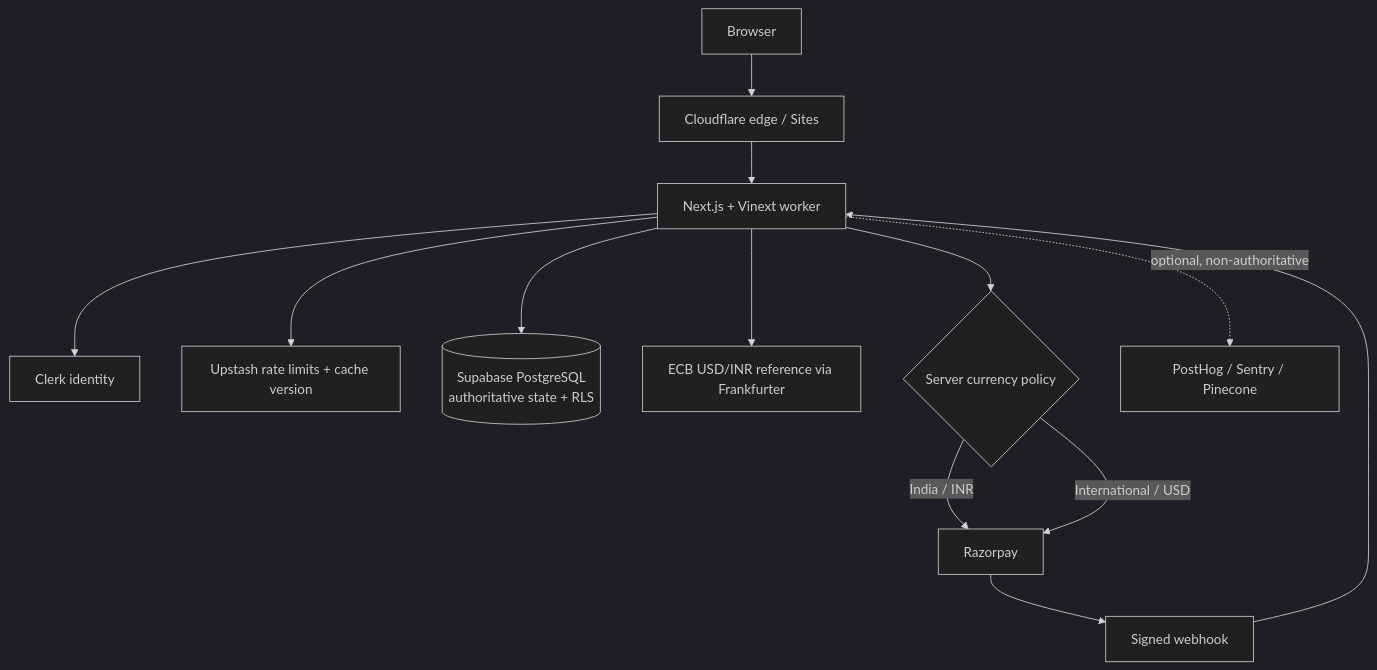
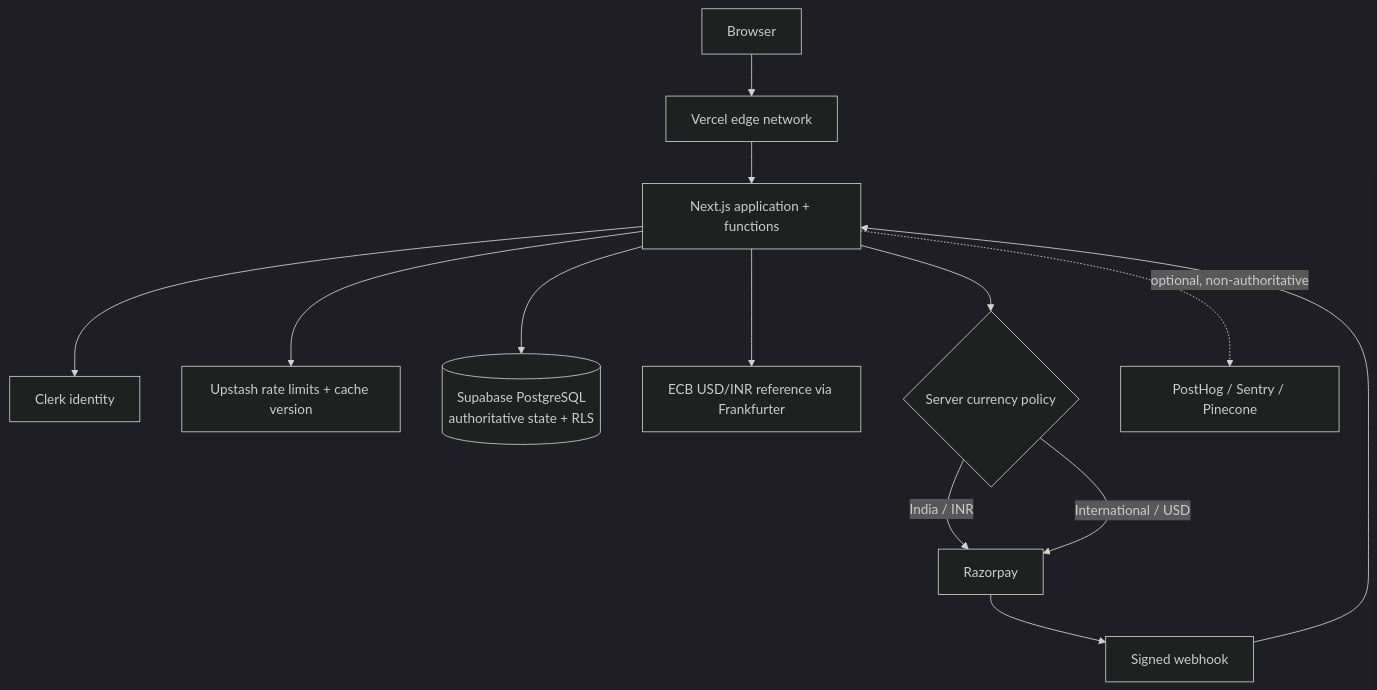
One commit to anbv29/myday changed the diagram in README.md. Above: the diagram before and after it, drawn with Mermaid (dark theme). The commit also changed other lines of this file and 20 other files, not shown here.

````diff
--- a/README.md
+++ b/README.md
@@ -18,15 +18,15 @@
 ```mermaid
 flowchart TD
-  U[Browser] --> C[Cloudflare edge / Sites]
-  C --> N[Next.js + Vinext worker]
+  U[Browser] --> C[Vercel edge network]
+  C --> N[Next.js application + functions]
   N --> K[Clerk identity]
   N --> R[Upstash rate limits + cache version]
   N --> S[(Supabase PostgreSQL\nauthoritative state + RLS)]
   N --> F[ECB USD/INR reference via Frankfurter]
   N --> P{Server currency policy}
   P -->|India / INR| Z[Razorpay]
   P -->|International / USD| Z
   Z --> W[Signed webhook]
   W --> N
   N -. optional, non-authoritative .-> O[PostHog / Sentry / Pinecone]
 ```
````
